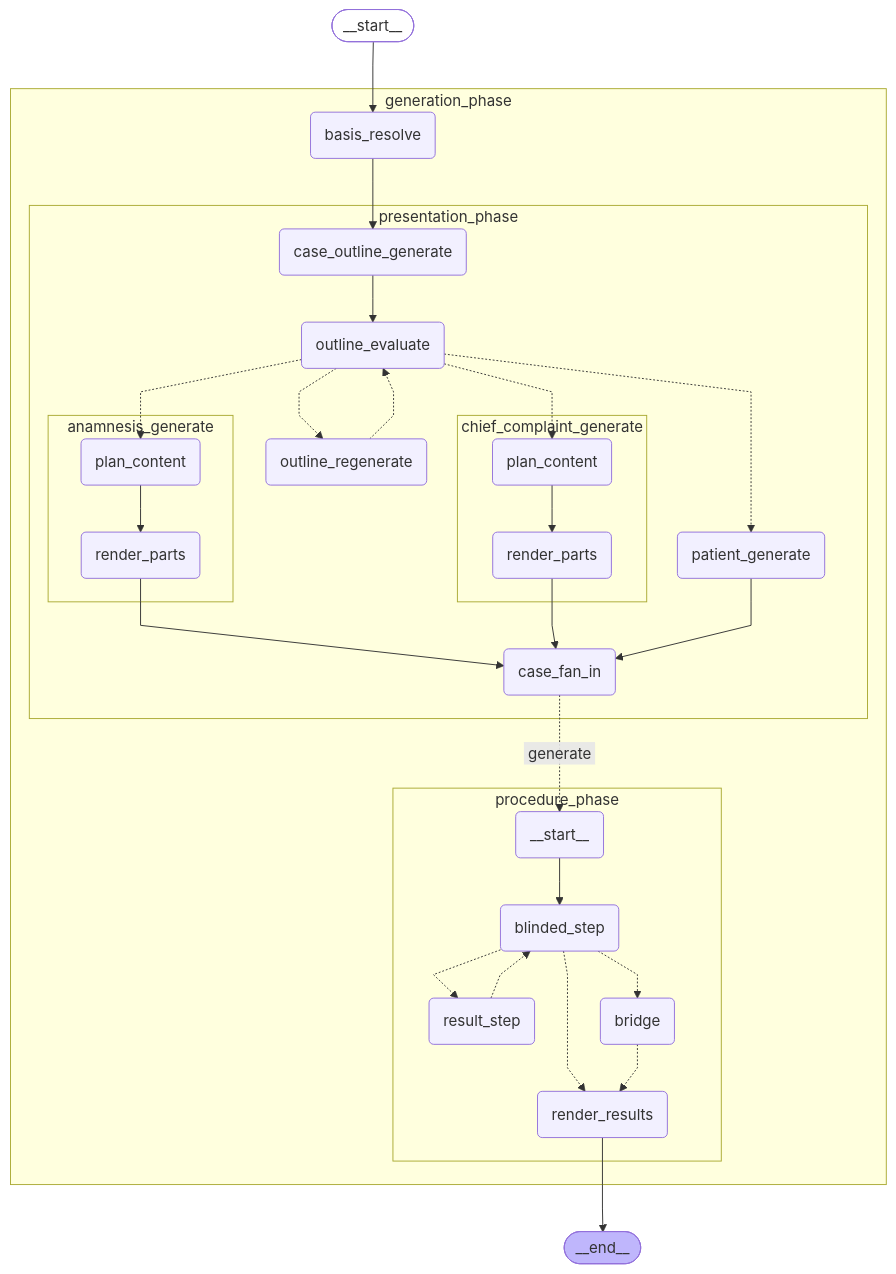
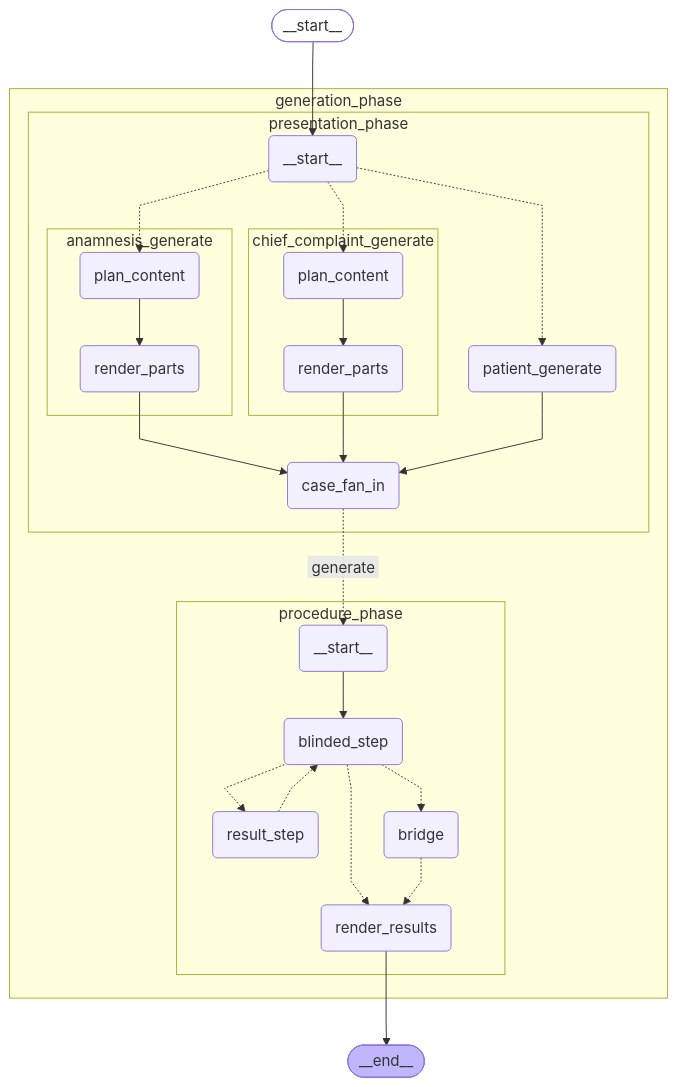
Before and after one commit to janthoXO/AetioMed: the diagram in docs/graphs/case-graph.none.mmd, drawn with Mermaid. The commit also changed 24 other files, not shown here.

First line of the commit message:
refactor(graph): split the pipeline into a plan graph and a case graph (#159)

```diff
--- a/docs/graphs/case-graph.none.mmd
+++ b/docs/graphs/case-graph.none.mmd
@@ -1,53 +1,46 @@
 %%{init: {'flowchart': {'curve': 'linear'}}}%%
 graph TD;
 	__start__([<p>__start__</p>]):::first
-	generation_phase_basis_resolve(basis_resolve)
-	generation_phase_presentation_phase_case_outline_generate(case_outline_generate)
-	generation_phase_presentation_phase_outline_evaluate(outline_evaluate)
-	generation_phase_presentation_phase_outline_regenerate(outline_regenerate)
+	generation_phase_presentation_phase___start__(<p>__start__</p>)
 	generation_phase_presentation_phase_patient_generate(patient_generate)
 	generation_phase_presentation_phase_chief_complaint_generate_plan_content(plan_content)
 	generation_phase_presentation_phase_chief_complaint_generate_render_parts(render_parts)
 	generation_phase_presentation_phase_anamnesis_generate_plan_content(plan_content)
 	generation_phase_presentation_phase_anamnesis_generate_render_parts(render_parts)
 	generation_phase_presentation_phase_case_fan_in(case_fan_in)
 	generation_phase_procedure_phase___start__(<p>__start__</p>)
 	generation_phase_procedure_phase_blinded_step(blinded_step)
 	generation_phase_procedure_phase_result_step(result_step)
 	generation_phase_procedure_phase_bridge(bridge)
 	generation_phase_procedure_phase_render_results(render_results)
 	__end__([<p>__end__</p>]):::last
-	__start__ --> generation_phase_basis_resolve;
+	__start__ --> generation_phase_presentation_phase___start__;
 	generation_phase_procedure_phase_render_results --> __end__;
 	subgraph generation_phase
 	subgraph presentation_phase
 	subgraph chief_complaint_generate
 	generation_phase_presentation_phase_chief_complaint_generate_plan_content --> generation_phase_presentation_phase_chief_complaint_generate_render_parts;
 	end
 	subgraph anamnesis_generate
 	generation_phase_presentation_phase_anamnesis_generate_plan_content --> generation_phase_presentation_phase_anamnesis_generate_render_parts;
 	end
 	generation_phase_presentation_phase_anamnesis_generate_render_parts --> generation_phase_presentation_phase_case_fan_in;
-	generation_phase_presentation_phase_case_outline_generate --> generation_phase_presentation_phase_outline_evaluate;
 	generation_phase_presentation_phase_chief_complaint_generate_render_parts --> generation_phase_presentation_phase_case_fan_in;
 	generation_phase_presentation_phase_patient_generate --> generation_phase_presentation_phase_case_fan_in;
-	generation_phase_presentation_phase_outline_evaluate -.-> generation_phase_presentation_phase_outline_regenerate;
-	generation_phase_presentation_phase_outline_evaluate -.-> generation_phase_presentation_phase_patient_generate;
-	generation_phase_presentation_phase_outline_evaluate -.-> generation_phase_presentation_phase_chief_complaint_generate_plan_content;
-	generation_phase_presentation_phase_outline_evaluate -.-> generation_phase_presentation_phase_anamnesis_generate_plan_content;
-	generation_phase_presentation_phase_outline_regenerate -.-> generation_phase_presentation_phase_outline_evaluate;
+	generation_phase_presentation_phase___start__ -.-> generation_phase_presentation_phase_patient_generate;
+	generation_phase_presentation_phase___start__ -.-> generation_phase_presentation_phase_chief_complaint_generate_plan_content;
+	generation_phase_presentation_phase___start__ -.-> generation_phase_presentation_phase_anamnesis_generate_plan_content;
 	end
 	subgraph procedure_phase
 	generation_phase_procedure_phase___start__ --> generation_phase_procedure_phase_blinded_step;
 	generation_phase_procedure_phase_blinded_step -.-> generation_phase_procedure_phase_result_step;
 	generation_phase_procedure_phase_blinded_step -.-> generation_phase_procedure_phase_bridge;
 	generation_phase_procedure_phase_blinded_step -.-> generation_phase_procedure_phase_render_results;
 	generation_phase_procedure_phase_result_step -.-> generation_phase_procedure_phase_blinded_step;
 	generation_phase_procedure_phase_bridge -.-> generation_phase_procedure_phase_render_results;
 	end
-	generation_phase_basis_resolve --> generation_phase_presentation_phase_case_outline_generate;
 	generation_phase_presentation_phase_case_fan_in -. &nbsp;generate&nbsp; .-> generation_phase_procedure_phase___start__;
 	end
 	classDef default fill:#f2f0ff,line-height:1.2;
 	classDef first fill-opacity:0;
 	classDef last fill:#bfb6fc;
```
